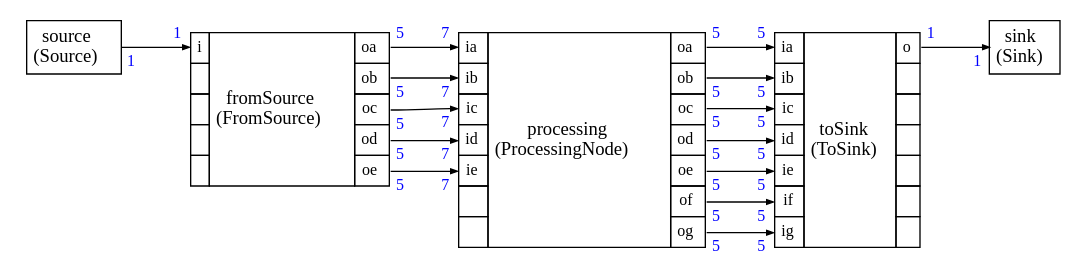
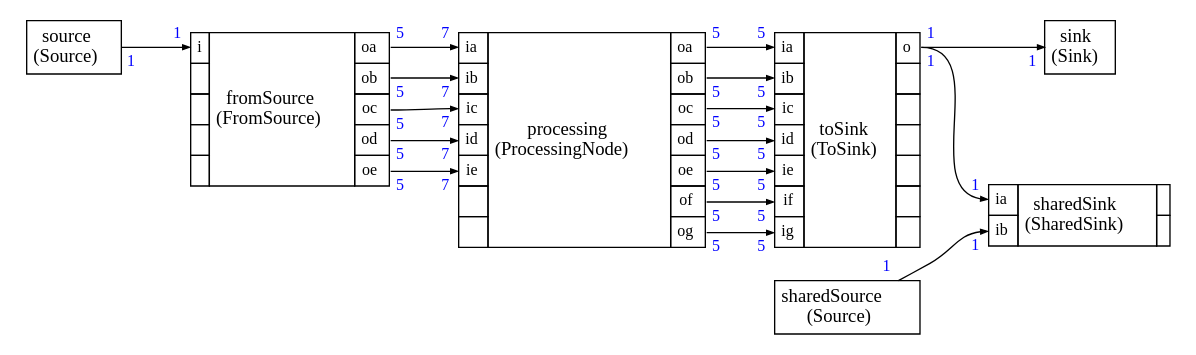
The diagram in Examples/yaml/pre_schedule_test.dot (ARM-software/CMSIS-Stream), drawn with Graphviz before and after one commit. The commit also changed 101 other files, not shown here.

```diff
--- a/Examples/yaml/pre_schedule_test.dot
+++ b/Examples/yaml/pre_schedule_test.dot
@@ -125,6 +125,29 @@
 </TABLE>>];
 
 
+sharedSink [label=<
+<TABLE color="black" bgcolor="none" BORDER="0" CELLBORDER="1" CELLSPACING="0" CELLPADDING="4">
+  <TR>
+    <TD PORT="ia"><FONT POINT-SIZE="12.0" COLOR="black">ia</FONT></TD>
+    <TD ALIGN="CENTER" ROWSPAN="2"><FONT COLOR="black" POINT-SIZE="14.0">sharedSink<BR/>(SharedSink)</FONT></TD>
+    <TD></TD>
+  </TR>
+<TR>
+<TD PORT="ib"><FONT POINT-SIZE="12.0" COLOR="black">ib</FONT></TD>
+
+ 
+<TD></TD></TR>
+
+</TABLE>>];
+
+sharedSource [label=<
+<TABLE color="black" bgcolor="none" BORDER="0" CELLBORDER="1" CELLSPACING="0" CELLPADDING="4">
+  <TR>
+    <TD ALIGN="CENTER" PORT="i"><FONT COLOR="black" POINT-SIZE="14.0">sharedSource<BR/>(Source)</FONT></TD>
+  </TR>
+</TABLE>>];
+
+
 
 source:i -> fromSource:i [style="solid",color="black",label=""
 ,headlabel=<<TABLE BORDER="0" CELLPADDING="2"><TR><TD><FONT COLOR="blue" POINT-SIZE="12.0" >1</FONT>
@@ -210,5 +233,17 @@
 ,taillabel=<<TABLE BORDER="0" CELLPADDING="2"><TR><TD><FONT COLOR="blue" POINT-SIZE="12.0" >1</FONT>
 </TD></TR></TABLE>>]
 
+toSink:o -> sharedSink:ia [style="solid",color="black",label=""
+,headlabel=<<TABLE BORDER="0" CELLPADDING="2"><TR><TD><FONT COLOR="blue" POINT-SIZE="12.0" >1</FONT>
+</TD></TR></TABLE>>
+,taillabel=<<TABLE BORDER="0" CELLPADDING="2"><TR><TD><FONT COLOR="blue" POINT-SIZE="12.0" >1</FONT>
+</TD></TR></TABLE>>]
+
+sharedSource:i -> sharedSink:ib [style="solid",color="black",label=""
+,headlabel=<<TABLE BORDER="0" CELLPADDING="2"><TR><TD><FONT COLOR="blue" POINT-SIZE="12.0" >1</FONT>
+</TD></TR></TABLE>>
+,taillabel=<<TABLE BORDER="0" CELLPADDING="2"><TR><TD><FONT COLOR="blue" POINT-SIZE="12.0" >1</FONT>
+</TD></TR></TABLE>>]
+
 
 }
```
